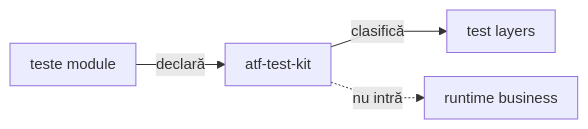
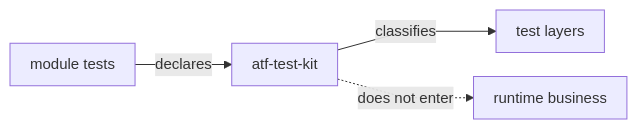
The first of 3 diagrams in atf-test-kit/README.md (crististefanita/atf_j0), drawn with Mermaid before and after one commit. The commit also changed other lines of this file and 113 other files, not shown here.

````diff
--- a/atf-test-kit/README.md
+++ b/atf-test-kit/README.md
@@ -11,7 +13,7 @@
 ```mermaid
 %%{init: {"themeVariables":{"fontSize":"15px"},"themeCSS":".nodeLabel, .nodeLabel p { font-size: 15px !important; line-height: 1.35 !important; } .edgeLabel, .edgeLabel p { font-size: 12px !important; font-weight: 400 !important; line-height: 1.2 !important; } .edgeLabel .labelBkg, .edgeLabel p { background: transparent !important; } .edgeLabel foreignObject { transform: translateY(-18px); overflow: visible; } .node rect { rx: 6px; ry: 6px; }","flowchart":{"curve":"linear","nodeSpacing":24,"rankSpacing":40,"padding":10,"diagramPadding":16}}}%%
 flowchart LR
-    ModuleTests[teste module] -->|declară| Kit[atf-test-kit]
-    Kit -->|clasifică| Levels[test layers]
-    Kit -. nu intră .-> Production[runtime business]
+    ModuleTests[module tests] -->|declares| Kit[atf-test-kit]
+    Kit -->|classifies| Levels[test layers]
+    Kit -. does not enter .-> Production[runtime business]
 ```
````
